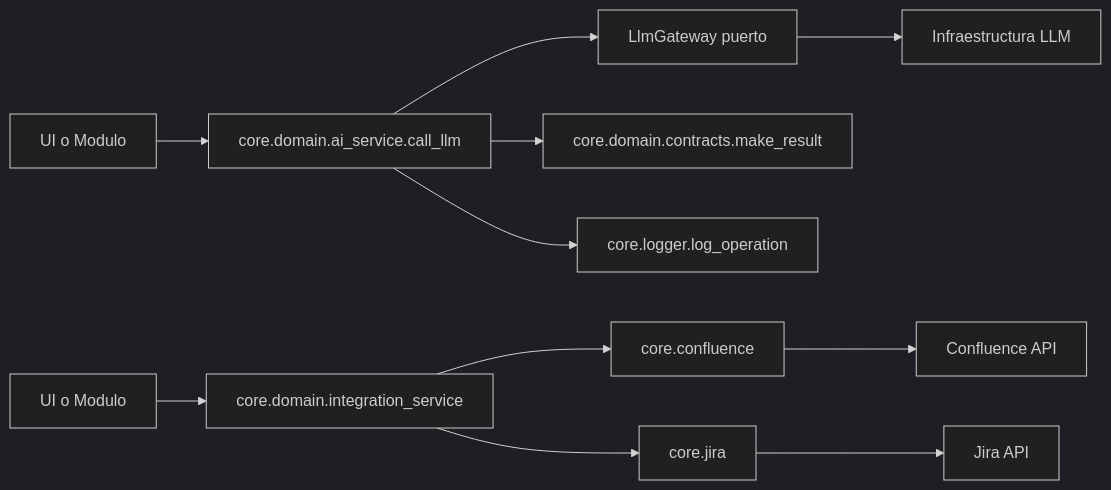
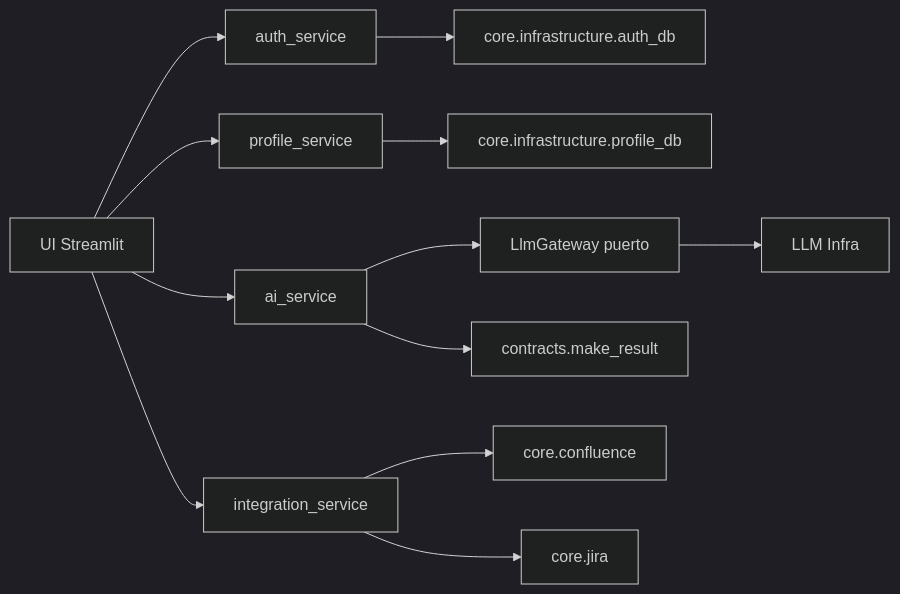
One commit to sergiocd89/AgenteSFTP changed the diagram in core/domain/README.md. Above: the diagram before and after it, drawn with Mermaid (dark theme). The commit also changed other lines of this file and 28 other files, not shown here.

Commit message:
Refactor auth/profile architecture and update core documentation

````diff
--- a/core/domain/README.md
+++ b/core/domain/README.md
@@ -10,14 +13,17 @@
 ```mermaid
 flowchart LR
-A[UI o Modulo] --> B[core.domain.ai_service.call_llm]
-B --> C[LlmGateway puerto]
-C --> D[Infraestructura LLM]
-B --> E[core.domain.contracts.make_result]
-B --> F[core.logger.log_operation]
+    A[UI Streamlit] --> B[auth_service]
+    A --> C[profile_service]
+    A --> D[ai_service]
+    A --> E[integration_service]
 
-G[UI o Modulo] --> H[core.domain.integration_service]
-H --> I[core.confluence]
-H --> J[core.jira]
-I --> K[Confluence API]
-J --> L[Jira API]
+    B --> F[core.infrastructure.auth_db]
+    C --> G[core.infrastructure.profile_db]
+
+    D --> H[LlmGateway puerto]
+    H --> I[LLM Infra]
+    D --> J[contracts.make_result]
+
+    E --> K[core.confluence]
+    E --> L[core.jira]
 ```
````
